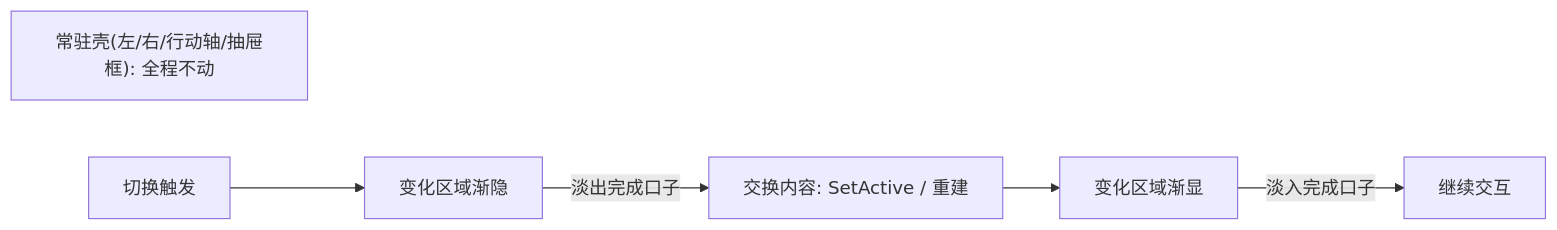
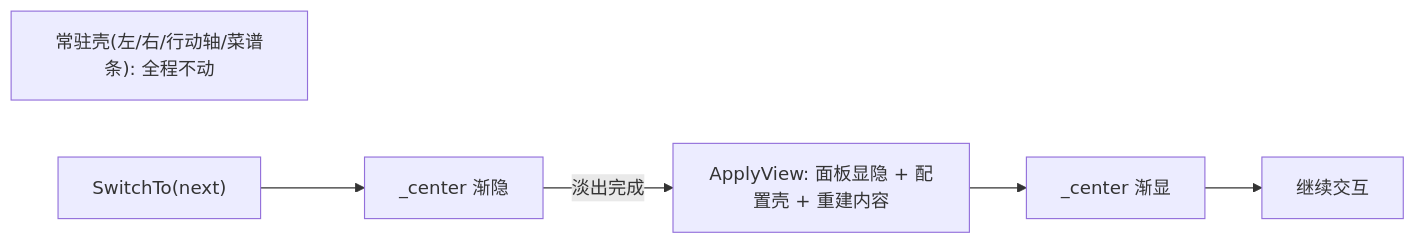
The third of 3 diagrams in GourmetProject/docs/design/游戏设计/界面.md (2563495284/gourmetproject), drawn with Mermaid before and after one commit. The commit also changed other lines of this file and 95 other files, not shown here.

````diff
--- a/GourmetProject/docs/design/游戏设计/界面.md
+++ b/GourmetProject/docs/design/游戏设计/界面.md
@@ -284,8 +308,8 @@
 ```mermaid
 flowchart LR
-  Shell["常驻壳(左/右/行动轴/抽屉框): 全程不动"]
-  Trigger["切换触发"] --> FadeOut["变化区域渐隐"]
-  FadeOut -->|"淡出完成口子"| Swap["交换内容: SetActive / 重建"]
-  Swap --> FadeIn["变化区域渐显"]
-  FadeIn -->|"淡入完成口子"| Done["继续交互"]
+  Shell["常驻壳(左/右/行动轴/菜谱条): 全程不动"]
+  Trigger["SwitchTo(next)"] --> FadeOut["_center 渐隐"]
+  FadeOut -->|"淡出完成"| Swap["ApplyView: 面板显隐 + 配置壳 + 重建内容"]
+  Swap --> FadeIn["_center 渐显"]
+  FadeIn --> Done["继续交互"]
 ```
````
